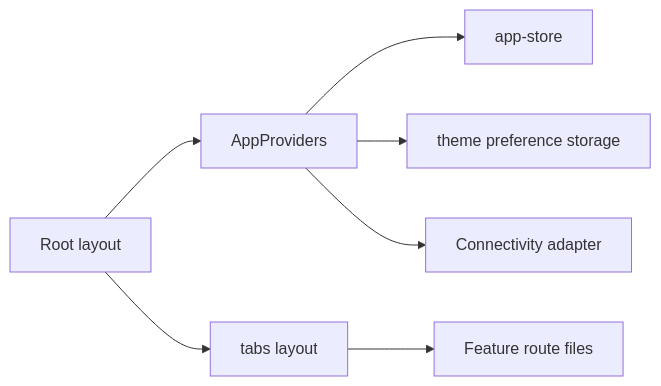
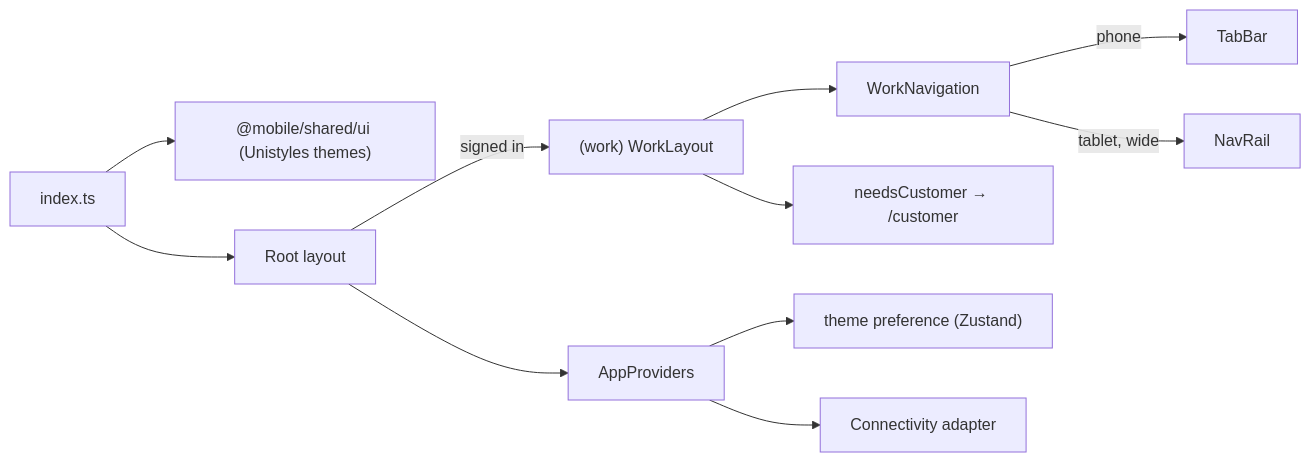
One commit to Weretik/kedr-web changed the diagram in docs/features/mobile/shell.md. Above: the diagram before and after it, drawn with Mermaid. The commit also changed other lines of this file and 501 other files, not shown here.

First line of the commit message:
Kedr Manager stage 1: «Офіс» UI on Unistyles, shell with customer gate, sign-in with offline window

````diff
--- a/docs/features/mobile/shell.md
+++ b/docs/features/mobile/shell.md
@@ -13,9 +14,13 @@
 ```mermaid
 flowchart LR
-Root["Root layout"] --> Providers["AppProviders"]
-Providers --> Store["app-store"]
-Providers --> Theme["theme preference storage"]
+Entry["index.ts"] --> UI["@mobile/shared/ui (Unistyles themes)"]
+Entry --> Root["Root layout"]
+Root --> Providers["AppProviders"]
+Root -->|signed in| Work["(work) WorkLayout"]
+Work --> Nav["WorkNavigation"]
+Nav -->|phone| TabBar
+Nav -->|tablet, wide| NavRail
+Work --> Gate["needsCustomer → /customer"]
+Providers --> Theme["theme preference (Zustand)"]
 Providers --> Network["Connectivity adapter"]
-Root --> Tabs["tabs layout"]
-Tabs --> Routes["Feature route files"]
 ```
````
